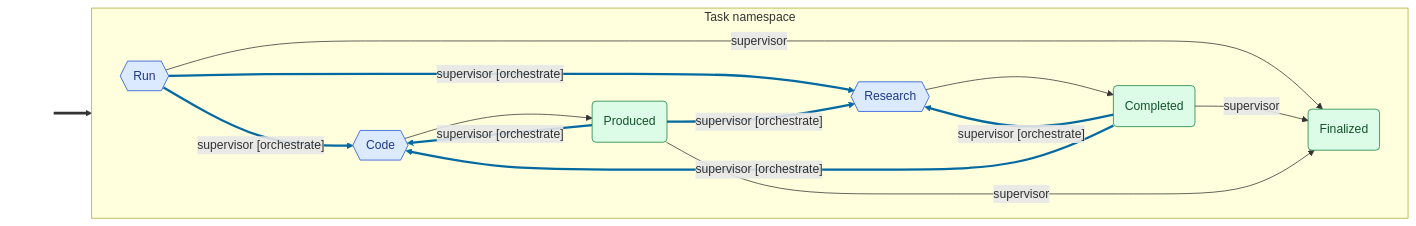
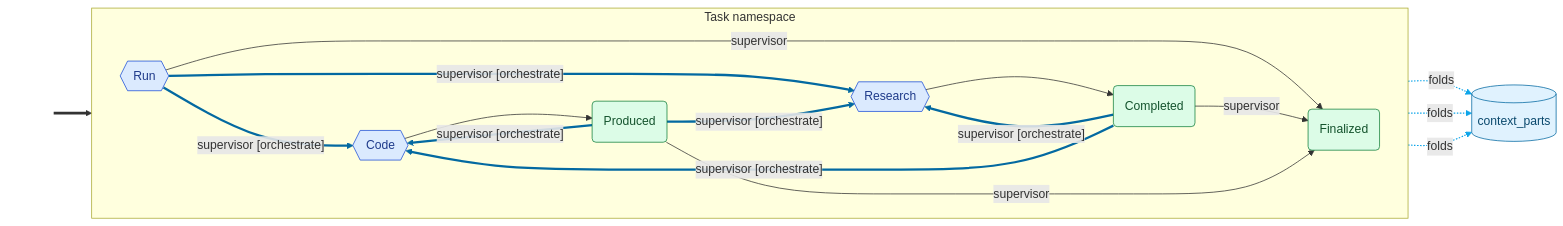
One commit to cadance-io/langgraph-events changed the second of 2 diagrams in examples/supervisor.graph.md. Above: the diagram before and after it, drawn with Mermaid. The commit also changed other lines of this file and 20 other files, not shown here.

First line of the commit message:
feat: focused diagrams, reducers in the namespace model, and node notes (#199)

````diff
--- a/examples/supervisor.graph.md
+++ b/examples/supervisor.graph.md
@@ -50,33 +58,39 @@
 ```mermaid
 graph LR
     classDef entry fill:none,stroke:none,color:none
     classDef cmd fill:#dbeafe,stroke:#1d4ed8,color:#1e3a8a
     classDef devt fill:#dcfce7,stroke:#15803d,color:#14532d
     classDef intg fill:#ede9fe,stroke:#6d28d9,color:#4c1d95
     classDef syst fill:#fef3c7,stroke:#b45309,color:#78350f
     classDef halt fill:#fef3c7,stroke:#b45309,color:#78350f,stroke-width:3px,stroke-dasharray:4 2
     classDef inv fill:#ffedd5,stroke:#c2410c,color:#7c2d12
+    classDef reducer fill:#e0f2fe,stroke:#0369a1,color:#0c4a6e
     subgraph Task["Task namespace"]
         direction LR
         Code{{Code}}:::cmd
         Completed(Completed):::devt
         Finalized(Finalized):::devt
         Produced(Produced):::devt
         Research{{Research}}:::cmd
         Run{{Run}}:::cmd
     end
+    _reducer_context_parts[(context_parts)]:::reducer
     _e0_[ ]:::entry ==> Run
     Run -->|"supervisor [orchestrate]"| Research
     Run -->|"supervisor [orchestrate]"| Code
     Run -->|supervisor| Finalized
     Completed -->|"supervisor [orchestrate]"| Research
     Completed -->|"supervisor [orchestrate]"| Code
     Completed -->|supervisor| Finalized
     Produced -->|"supervisor [orchestrate]"| Research
     Produced -->|"supervisor [orchestrate]"| Code
     Produced -->|supervisor| Finalized
     Research --> Completed
     Code --> Produced
+    Produced -.->|folds| _reducer_context_parts
+    Completed -.->|folds| _reducer_context_parts
+    Run -.->|folds| _reducer_context_parts
 %% Side-effect handlers: audit_trail (Auditable)
     linkStyle 1,2,4,5,7,8 stroke:#0369a1,stroke-width:3px
+    linkStyle 12,13,14 stroke:#0ea5e9,stroke-width:1.5px,stroke-dasharray:2 2
 ```
````
